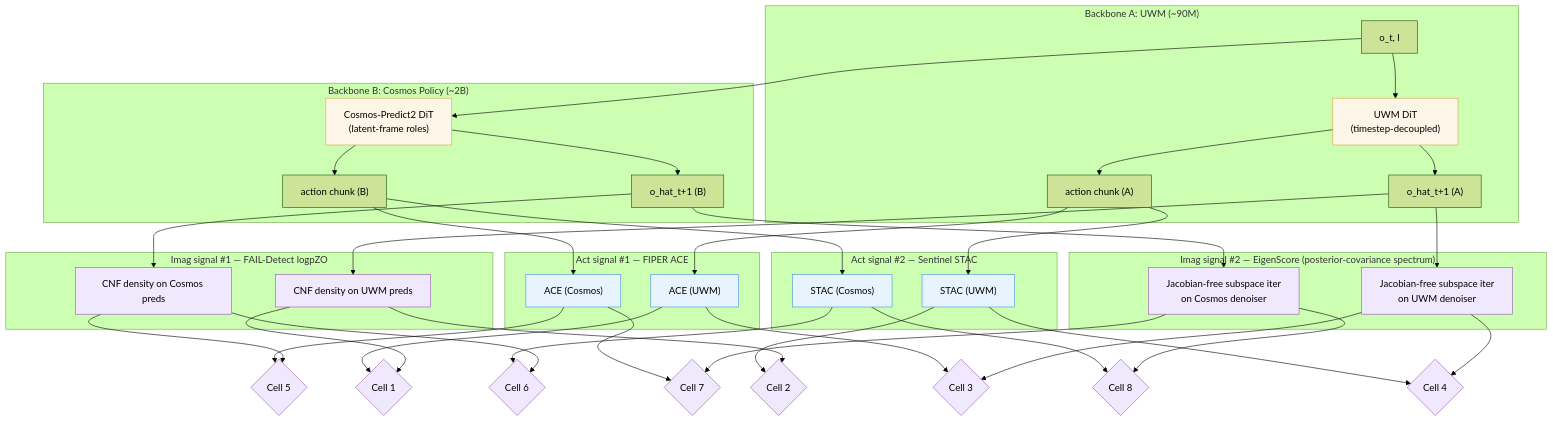
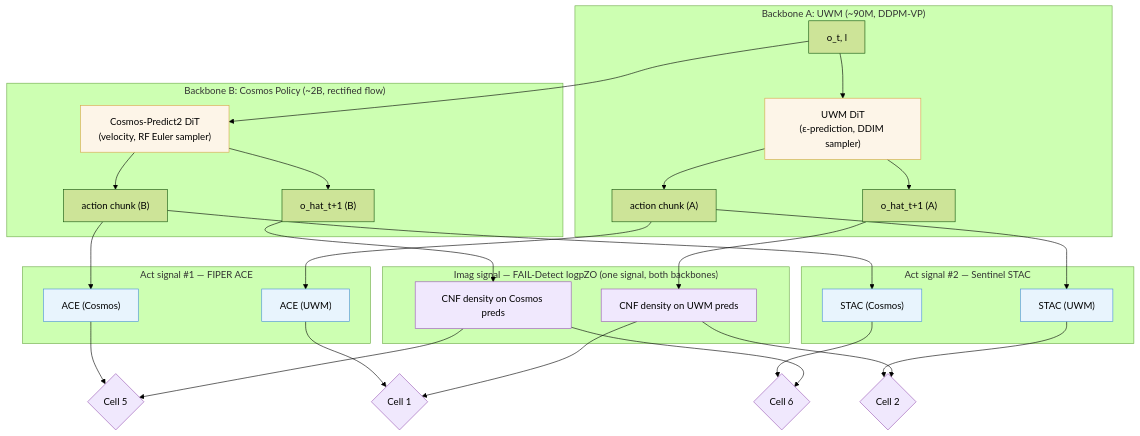
Before and after one commit to ChuaHanChong/ResearchBrain: the diagram in _Projects_/01_FirstPublication_2/02_Self-Discovering-WAM-Roadmap.md, drawn with Mermaid (forest theme). The commit also changed other lines of this file and 3 other files, not shown here.

````diff
--- a/_Projects_/01_FirstPublication_2/02_Self-Discovering-WAM-Roadmap.md
+++ b/_Projects_/01_FirstPublication_2/02_Self-Discovering-WAM-Roadmap.md
@@ -132,60 +114,47 @@
 ```mermaid
 graph TD
     OBS["o_t, l"]
 
-    subgraph "Backbone A: UWM (~90M)"
-        OBS --> UWM["UWM DiT<br/>(timestep-decoupled)"]
+    subgraph "Backbone A: UWM (~90M, DDPM-VP)"
+        OBS --> UWM["UWM DiT<br/>(ε-prediction, DDIM sampler)"]
         UWM --> OHAT_A["o_hat_t+1 (A)"]
         UWM --> ACHUNK_A["action chunk (A)"]
     end
 
-    subgraph "Backbone B: Cosmos Policy (~2B)"
-        OBS --> COS["Cosmos-Predict2 DiT<br/>(latent-frame roles)"]
+    subgraph "Backbone B: Cosmos Policy (~2B, rectified flow)"
+        OBS --> COS["Cosmos-Predict2 DiT<br/>(velocity, RF Euler sampler)"]
         COS --> OHAT_B["o_hat_t+1 (B)"]
         COS --> ACHUNK_B["action chunk (B)"]
     end
 
-    subgraph "Imag signal #1 — FAIL-Detect logpZO"
+    subgraph "Imag signal — FAIL-Detect logpZO (one signal, both backbones)"
         OHAT_A --> LPZ_A["CNF density on UWM preds"]
         OHAT_B --> LPZ_B["CNF density on Cosmos preds"]
-    end
-
-    subgraph "Imag signal #2 — EigenScore (posterior-covariance spectrum)"
-        OHAT_A --> DUQ_A["Jacobian-free subspace iter<br/>on UWM denoiser"]
-        OHAT_B --> DUQ_B["Jacobian-free subspace iter<br/>on Cosmos denoiser"]
     end
 
     subgraph "Act signal #1 — FIPER ACE"
         ACHUNK_A --> ACE_A["ACE (UWM)"]
         ACHUNK_B --> ACE_B["ACE (Cosmos)"]
     end
 
     subgraph "Act signal #2 — Sentinel STAC"
         ACHUNK_A --> STAC_A["STAC (UWM)"]
         ACHUNK_B --> STAC_B["STAC (Cosmos)"]
     end
 
     LPZ_A --> C1{Cell 1}
     ACE_A --> C1
     LPZ_A --> C2{Cell 2}
     STAC_A --> C2
-    DUQ_A --> C3{Cell 3}
-    ACE_A --> C3
-    DUQ_A --> C4{Cell 4}
-    STAC_A --> C4
     LPZ_B --> C5{Cell 5}
     ACE_B --> C5
     LPZ_B --> C6{Cell 6}
     STAC_B --> C6
-    DUQ_B --> C7{Cell 7}
-    ACE_B --> C7
-    DUQ_B --> C8{Cell 8}
-    STAC_B --> C8
 
     classDef novel fill:#f0e8fd,stroke:#9b59b6
     classDef signal fill:#e8f4fd,stroke:#4a90d9
     classDef slot fill:#fdf5e8,stroke:#d9a64a
-    class C1,C2,C3,C4,C5,C6,C7,C8,LPZ_A,LPZ_B,DUQ_A,DUQ_B novel
+    class C1,C2,C5,C6,LPZ_A,LPZ_B novel
     class ACE_A,ACE_B,STAC_A,STAC_B signal
     class UWM,COS slot
 ```
````
